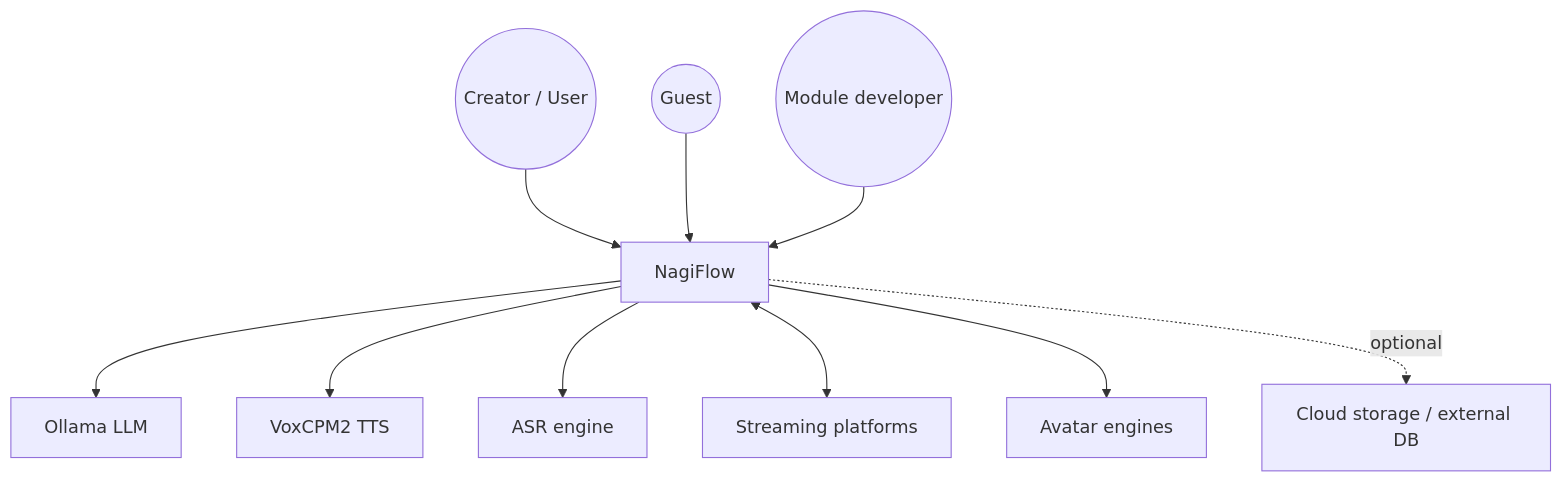
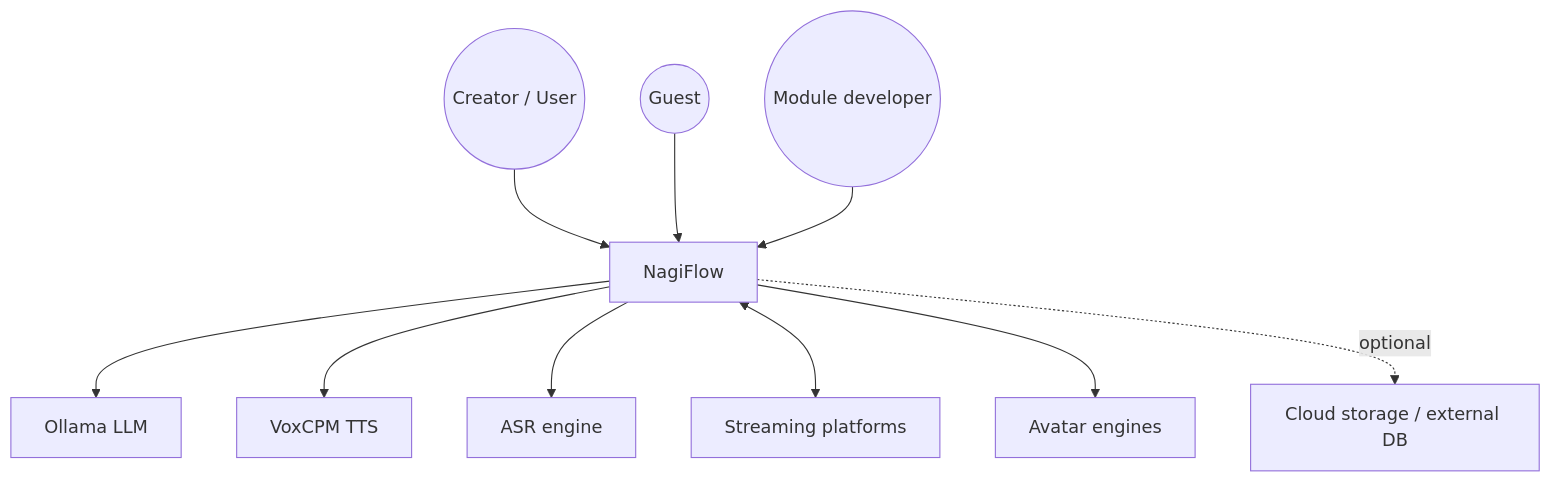
Before and after one commit to Nagino-Reina/NagiFlow: the second of 7 diagrams in docs/03-system-architecture.md, drawn with Mermaid. The commit also changed other lines of this file and 16 other files, not shown here.

````diff
--- a/docs/03-system-architecture.md
+++ b/docs/03-system-architecture.md
@@ -79,23 +79,23 @@
 ```mermaid
 flowchart TB
     Creator((Creator / User))
     Guest((Guest))
     Dev((Module developer))
     NF[NagiFlow]
     Ollama[Ollama LLM]
-    Vox[VoxCPM2 TTS]
+    Vox[VoxCPM TTS]
     ASR[ASR engine]
     Plat[Streaming platforms]
     Avatar[Avatar engines]
     Cloud[Cloud storage / external DB]
 
     Creator --> NF
     Guest --> NF
     Dev --> NF
     NF --> Ollama
     NF --> Vox
     NF --> ASR
     NF <--> Plat
     NF --> Avatar
     NF -.optional.-> Cloud
 ```
````
